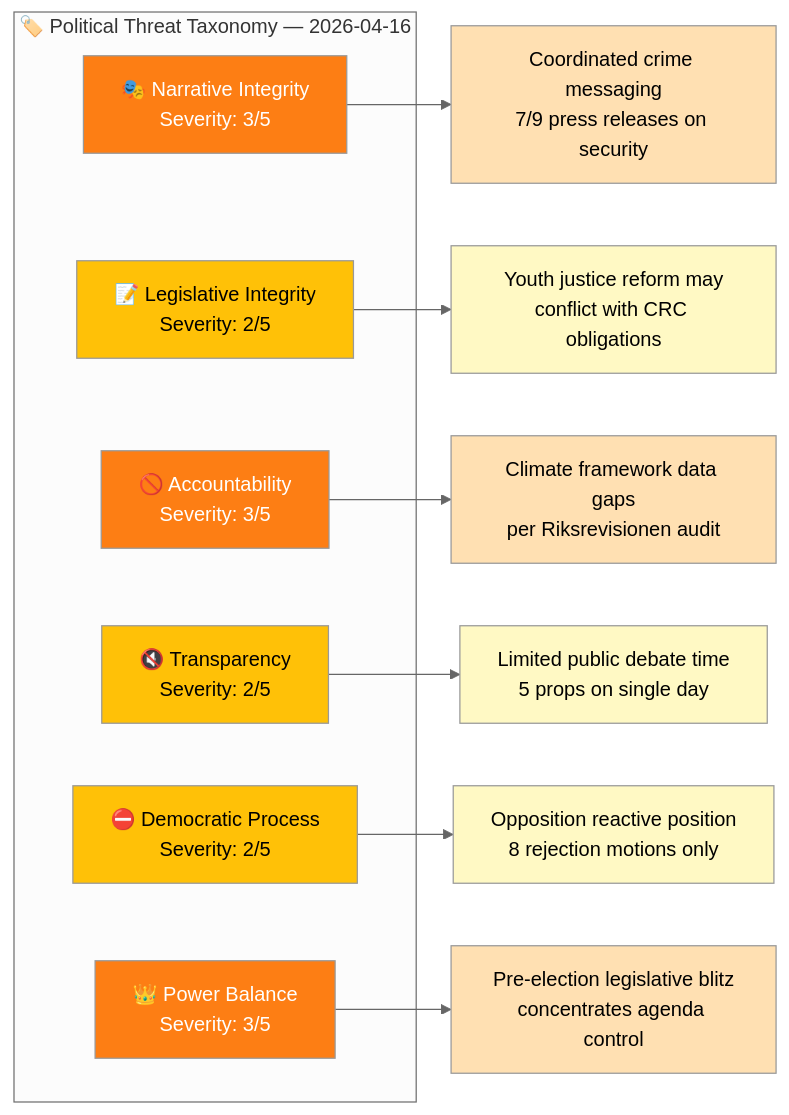
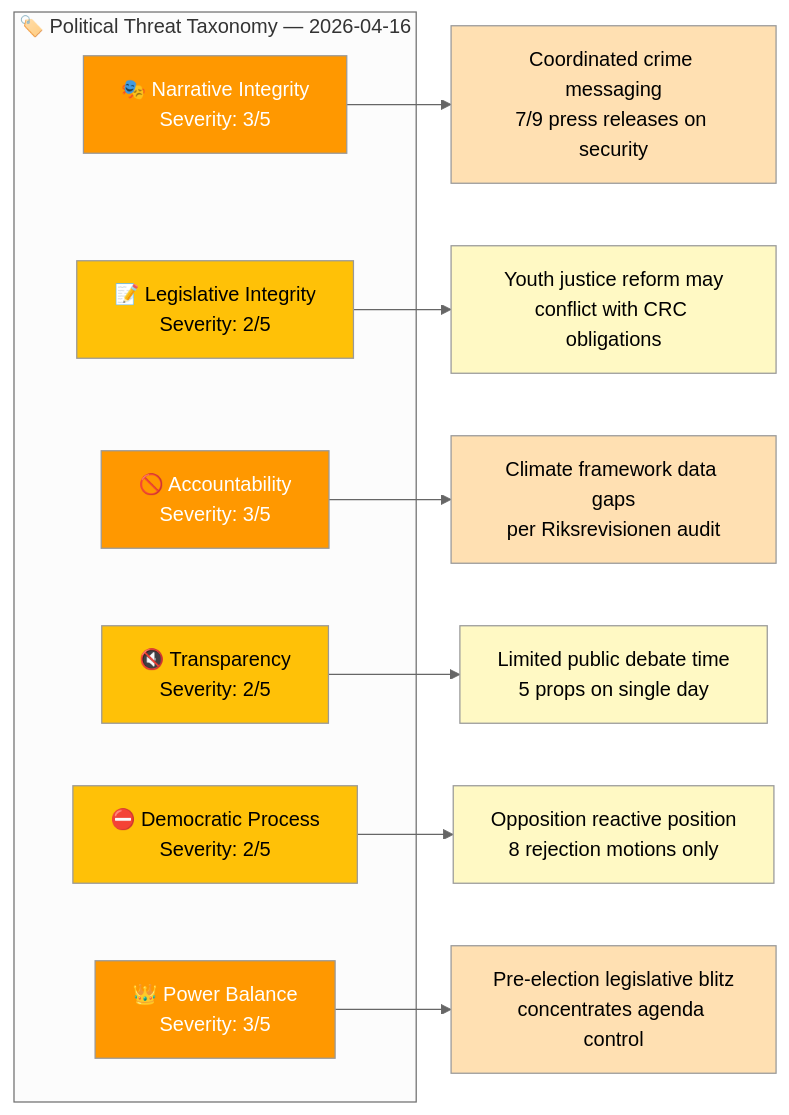
Before and after one commit to Hack23/riksdagsmonitor: the first of 2 diagrams in analysis/daily/2026-04-16/evening-analysis/threat-analysis.md, drawn with Mermaid (neutral theme). The commit also changed other lines of this file and 785 other files, not shown here.

First line of the commit message:
Normalize mermaid colors across 786 analysis artifacts to ISMS Style Guide palette

````diff
--- a/analysis/daily/2026-04-16/evening-analysis/threat-analysis.md
+++ b/analysis/daily/2026-04-16/evening-analysis/threat-analysis.md
@@ -20,31 +20,31 @@
 ```mermaid
 graph LR
     subgraph "🏷️ Political Threat Taxonomy — 2026-04-16"
         NI["🎭 Narrative Integrity<br/>Severity: 3/5"]
         LI["📝 Legislative Integrity<br/>Severity: 2/5"]
         AC["🚫 Accountability<br/>Severity: 3/5"]
         TR["🔇 Transparency<br/>Severity: 2/5"]
         DP["⛔ Democratic Process<br/>Severity: 2/5"]
         PB["👑 Power Balance<br/>Severity: 3/5"]
     end
 
     NI --> NI1["Coordinated crime messaging<br/>7/9 press releases on security"]
     LI --> LI1["Youth justice reform may<br/>conflict with CRC obligations"]
     AC --> AC1["Climate framework data gaps<br/>per Riksrevisionen audit"]
     TR --> TR1["Limited public debate time<br/>5 props on single day"]
     DP --> DP1["Opposition reactive position<br/>8 rejection motions only"]
     PB --> PB1["Pre-election legislative blitz<br/>concentrates agenda control"]
 
-    style NI fill:#fd7e14,color:#fff
-    style LI fill:#ffc107,color:#000
-    style AC fill:#fd7e14,color:#fff
-    style TR fill:#ffc107,color:#000
-    style DP fill:#ffc107,color:#000
-    style PB fill:#fd7e14,color:#fff
-    style NI1 fill:#ffe0b2,color:#000
-    style LI1 fill:#fff9c4,color:#000
-    style AC1 fill:#ffe0b2,color:#000
-    style TR1 fill:#fff9c4,color:#000
-    style DP1 fill:#fff9c4,color:#000
-    style PB1 fill:#ffe0b2,color:#000
+    style NI fill:#FF9800,color:#FFFFFF
+    style LI fill:#FFC107,color:#000000
+    style AC fill:#FF9800,color:#FFFFFF
+    style TR fill:#FFC107,color:#000000
+    style DP fill:#FFC107,color:#000000
+    style PB fill:#FF9800,color:#FFFFFF
+    style NI1 fill:#ffe0b2,color:#000000
+    style LI1 fill:#FFF9C4,color:#000000
+    style AC1 fill:#ffe0b2,color:#000000
+    style TR1 fill:#FFF9C4,color:#000000
+    style DP1 fill:#FFF9C4,color:#000000
+    style PB1 fill:#ffe0b2,color:#000000
 ```
````
